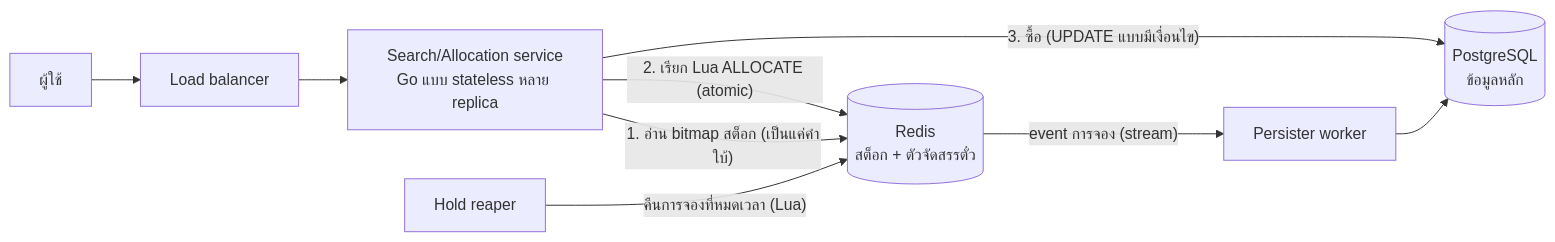
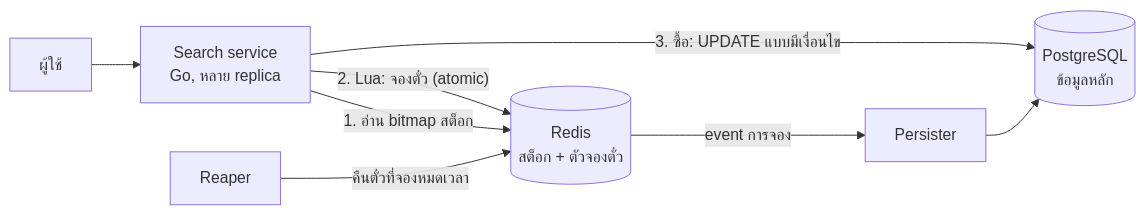
One commit to get-phanuwat-api1/backend-challenge changed the diagram in lottery-search-design.md. Above: the diagram before and after it, drawn with Mermaid. The commit also changed other lines of this file and 1 other file, not shown here.

````diff
--- a/lottery-search-design.md
+++ b/lottery-search-design.md
@@ -23,11 +33,10 @@
 ```mermaid
 flowchart LR
-    U[ผู้ใช้] --> LB[Load balancer]
-    LB --> S1[Search/Allocation service<br/>Go แบบ stateless หลาย replica]
-    S1 -- "1. อ่าน bitmap สต็อก (เป็นแค่คำใบ้)" --> R[(Redis<br/>สต็อก + ตัวจัดสรรตั๋ว)]
-    S1 -- "2. เรียก Lua ALLOCATE (atomic)" --> R
-    R -- "event การจอง (stream)" --> W[Persister worker]
+    U[ผู้ใช้] --> S[Search service<br/>Go, หลาย replica]
+    S -- "1. อ่าน bitmap สต็อก" --> R[(Redis<br/>สต็อก + ตัวจองตั๋ว)]
+    S -- "2. Lua: จองตั๋ว (atomic)" --> R
+    R -- "event การจอง" --> W[Persister]
     W --> PG[(PostgreSQL<br/>ข้อมูลหลัก)]
-    S1 -- "3. ซื้อ (UPDATE แบบมีเงื่อนไข)" --> PG
-    RP[Hold reaper] -- "คืนการจองที่หมดเวลา (Lua)" --> R
+    S -- "3. ซื้อ: UPDATE แบบมีเงื่อนไข" --> PG
+    RP[Reaper] -- "คืนตั๋วที่จองหมดเวลา" --> R
 ```
````
